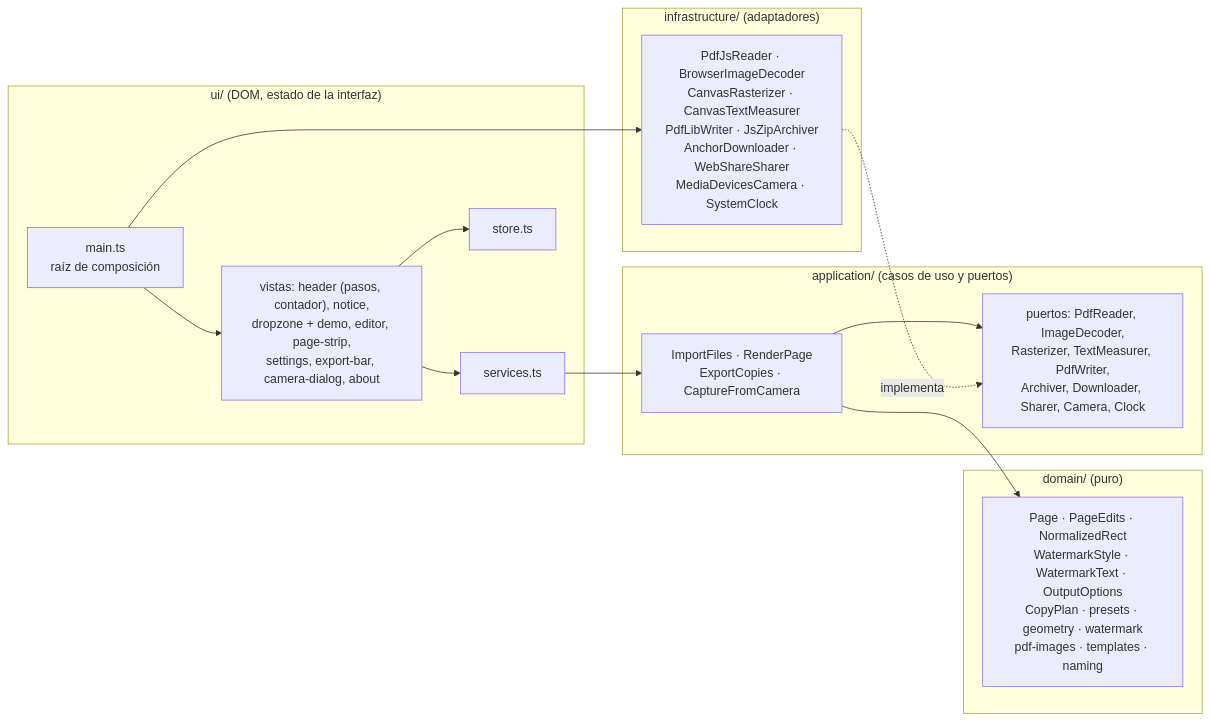
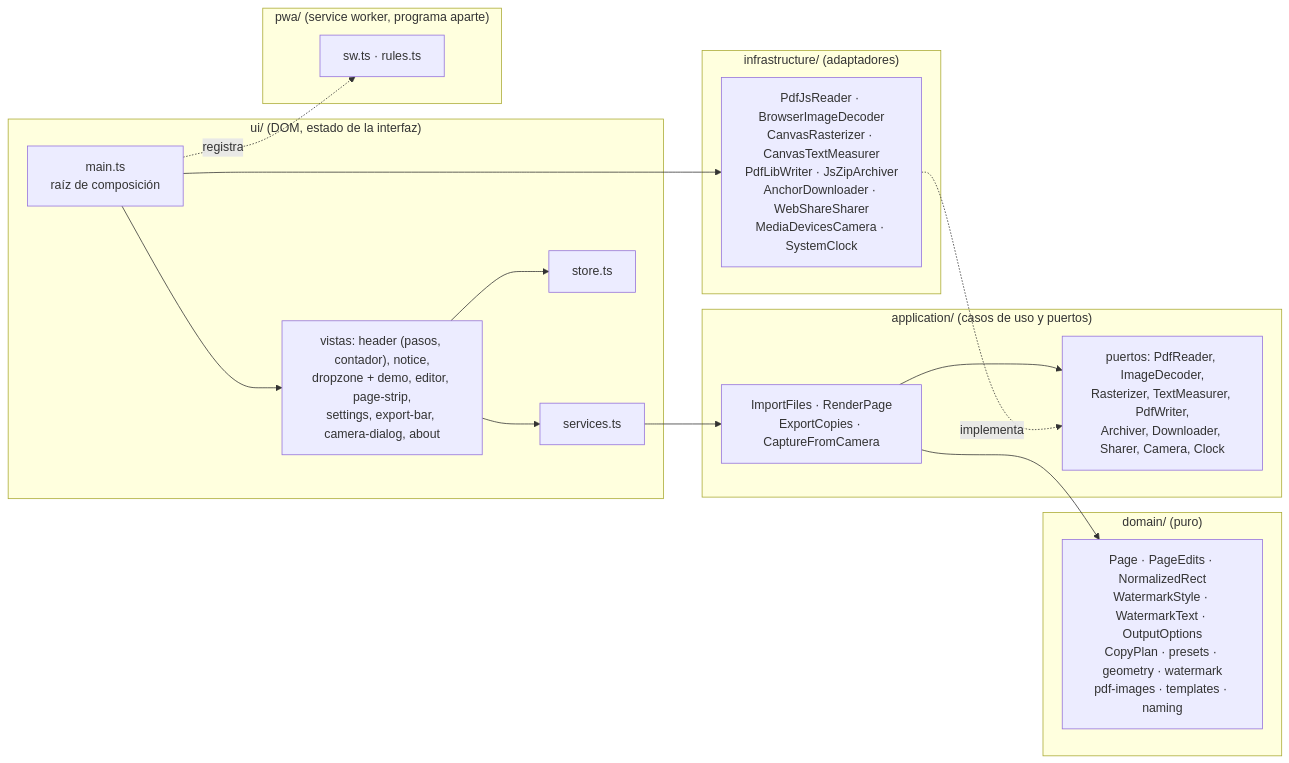
Before and after one commit to hbonavota/copia-segura: the diagram in docs/arquitectura.md, drawn with Mermaid. The commit also changed other lines of this file and 4 other files, not shown here.

````diff
--- a/docs/arquitectura.md
+++ b/docs/arquitectura.md
@@ -7,25 +7,29 @@
 ```mermaid
 flowchart LR
   subgraph ui["ui/ (DOM, estado de la interfaz)"]
     Main["main.ts<br/>raíz de composición"]
     Views["vistas: header (pasos, contador), notice,<br/>dropzone + demo, editor, page-strip,<br/>settings, export-bar, camera-dialog, about"]
     Services["services.ts"]
     Store["store.ts"]
   end
   subgraph app["application/ (casos de uso y puertos)"]
     UC["ImportFiles · RenderPage<br/>ExportCopies · CaptureFromCamera"]
     Ports["puertos: PdfReader, ImageDecoder,<br/>Rasterizer, TextMeasurer, PdfWriter,<br/>Archiver, Downloader, Sharer, Camera, Clock"]
   end
   subgraph dom["domain/ (puro)"]
     D["Page · PageEdits · NormalizedRect<br/>WatermarkStyle · WatermarkText · OutputOptions<br/>CopyPlan · presets · geometry · watermark<br/>pdf-images · templates · naming"]
   end
   subgraph infra["infrastructure/ (adaptadores)"]
     I["PdfJsReader · BrowserImageDecoder<br/>CanvasRasterizer · CanvasTextMeasurer<br/>PdfLibWriter · JsZipArchiver<br/>AnchorDownloader · WebShareSharer<br/>MediaDevicesCamera · SystemClock"]
   end
+  subgraph pwa["pwa/ (service worker, programa aparte)"]
+    SW["sw.ts · rules.ts"]
+  end
+  Main -. registra .-> SW
   Main --> Views --> Store
   Views --> Services --> UC
   UC --> Ports
   UC --> D
   I -. implementa .-> Ports
   Main --> I
 ```
````
